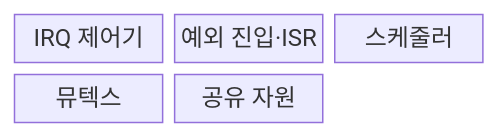
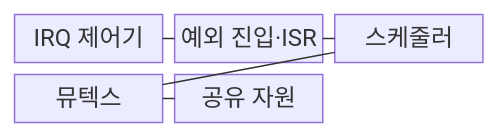
One commit to agnusdei1207/knowledge-base changed the first of 2 diagrams in src/content/docs/notes/02-hardware/063_interrupt_latency_priority_inversion.md. Above: the diagram before and after it, drawn with Mermaid. The commit also changed other lines of this file and 20 other files, not shown here.

````diff
--- a/src/content/docs/notes/02-hardware/063_interrupt_latency_priority_inversion.md
+++ b/src/content/docs/notes/02-hardware/063_interrupt_latency_priority_inversion.md
@@ -61,9 +61,13 @@
 ```mermaid
-block-beta
+block
   columns 3
   A["IRQ 제어기"]
   B["예외 진입·ISR"]
   C["스케줄러"]
   D["뮤텍스"]
   E["공유 자원"]
+  A --- B
+  B --- C
+  C --- D
+  D --- E
 ```
````
